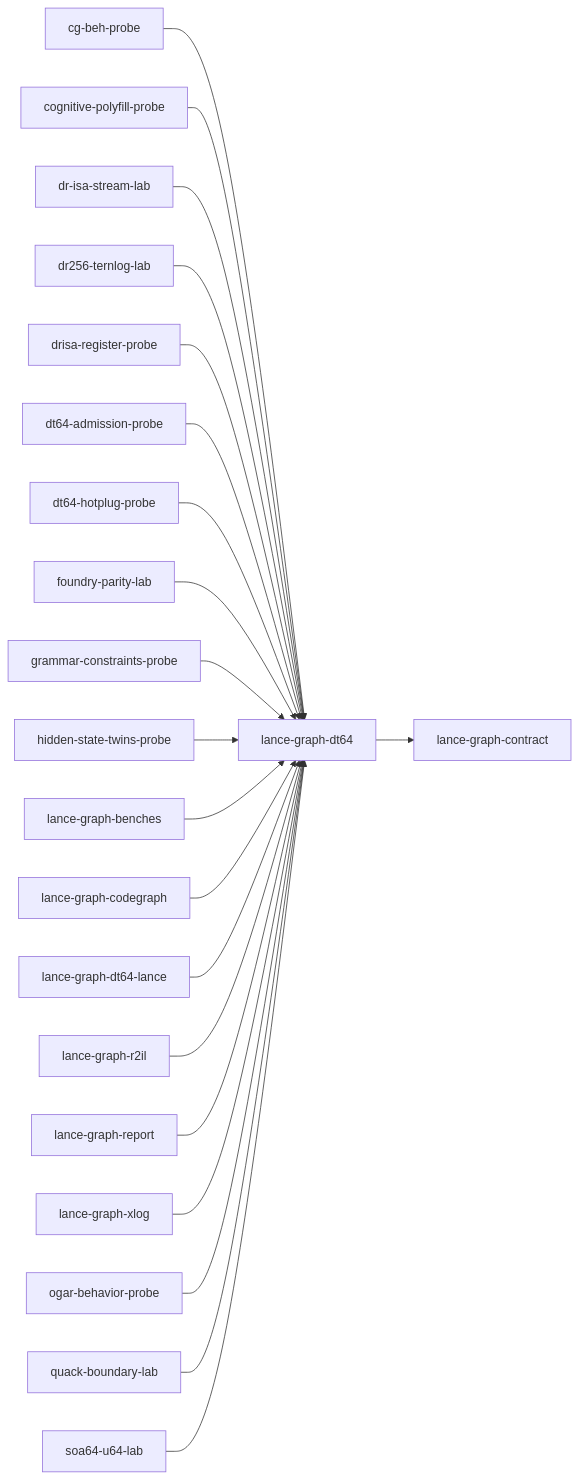
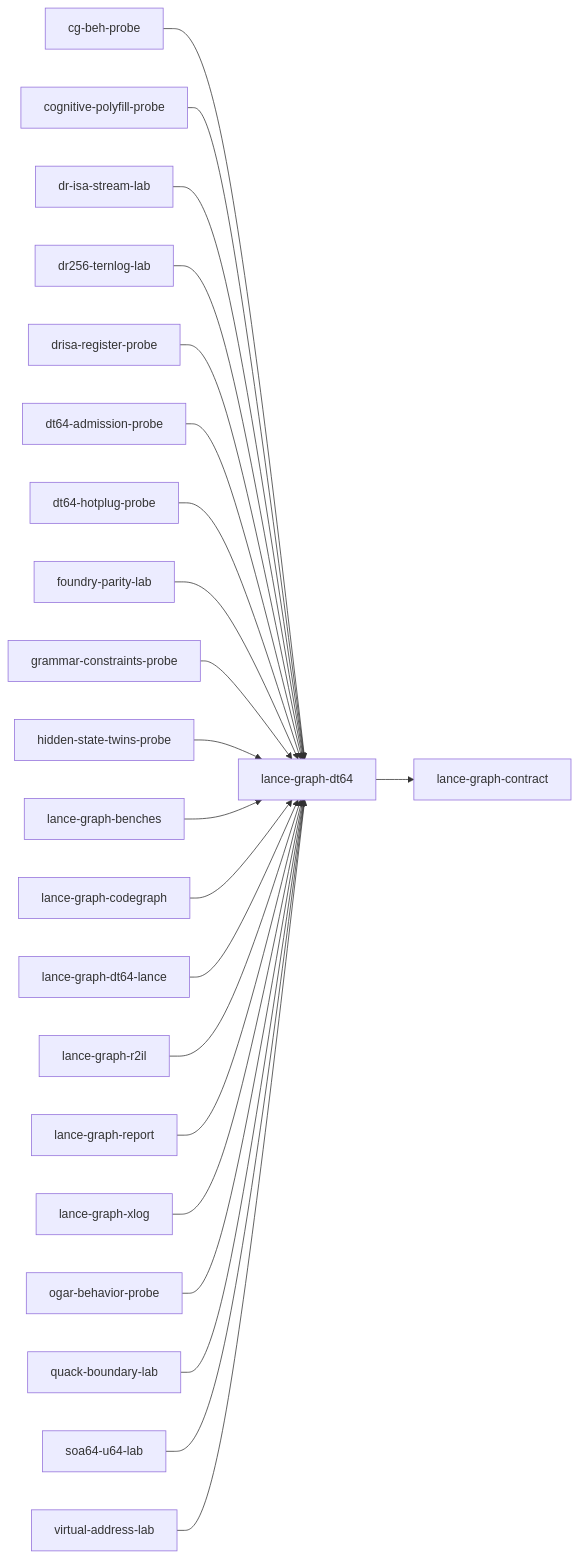
The diagram in .codegraph/crates/lance-graph-dt64.index.md (AdaWorldAPI/lance-graph), drawn with Mermaid before and after one commit. The commit also changed other lines of this file and 24 other files, not shown here.

First line of the commit message:
chore(codegraph): regenerate for crates/virtual-address-lab

````diff
--- a/.codegraph/crates/lance-graph-dt64.index.md
+++ b/.codegraph/crates/lance-graph-dt64.index.md
@@ -275,44 +276,46 @@
 ```mermaid
 flowchart LR
   n4["cg-beh-probe"]
   n6["cognitive-polyfill-probe"]
   n13["dr-isa-stream-lab"]
   n15["dr256-ternlog-lab"]
   n17["drisa-register-probe"]
   n18["dt64-admission-probe"]
   n19["dt64-hotplug-probe"]
   n23["foundry-parity-lab"]
   n25["grammar-constraints-probe"]
   n27["hidden-state-twins-probe"]
   n38["lance-graph-benches"]
   n42["lance-graph-codegraph"]
   n45["lance-graph-contract"]
   n48["lance-graph-dt64"]
   n49["lance-graph-dt64-lance"]
   n64["lance-graph-r2il"]
   n67["lance-graph-report"]
   n72["lance-graph-xlog"]
   n76["ogar-behavior-probe"]
   n81["quack-boundary-lab"]
   n89["soa64-u64-lab"]
+  n97["virtual-address-lab"]
   n4 --> n48
   n6 --> n48
   n13 --> n48
   n15 --> n48
   n17 --> n48
   n18 --> n48
   n19 --> n48
   n23 --> n48
   n25 --> n48
   n27 --> n48
   n38 --> n48
   n42 --> n48
   n48 --> n45
   n49 --> n48
   n64 --> n48
   n67 --> n48
   n72 --> n48
   n76 --> n48
   n81 --> n48
   n89 --> n48
+  n97 --> n48
 ```
````
